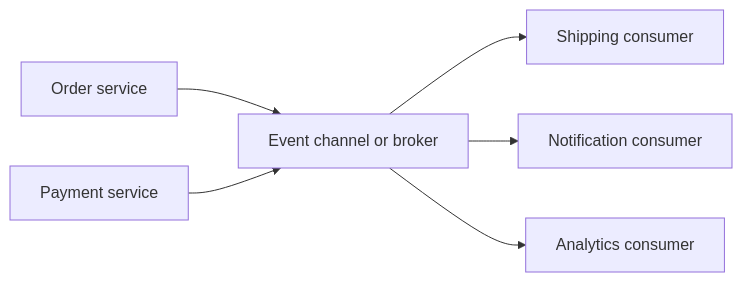
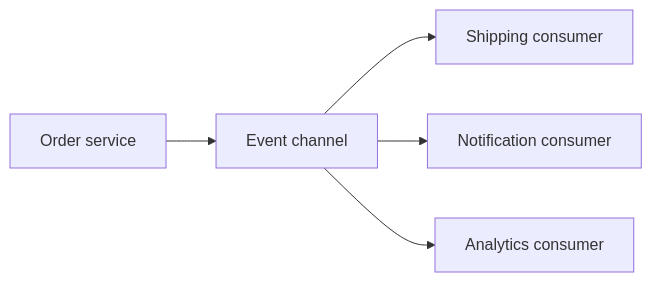
Before and after one commit to Sandhiya0305/open-architecture-knowledge: the diagram in docs/architectures/event-driven.md, drawn with Mermaid. The commit also changed other lines of this file and 19 other files, not shown here.

Commit message:
refactor: simplify architecture knowledge portal

````diff
--- a/docs/architectures/event-driven.md
+++ b/docs/architectures/event-driven.md
@@ -9,8 +15,7 @@
 ```mermaid
 flowchart LR
-    P1[Order service] --> CH[Event channel or broker]
-    P2[Payment service] --> CH
-    CH --> C1[Shipping consumer]
-    CH --> C2[Notification consumer]
-    CH --> C3[Analytics consumer]
+    P[Order service] --> CH[Event channel]
+    CH --> S[Shipping consumer]
+    CH --> N[Notification consumer]
+    CH --> A[Analytics consumer]
 ```
````
